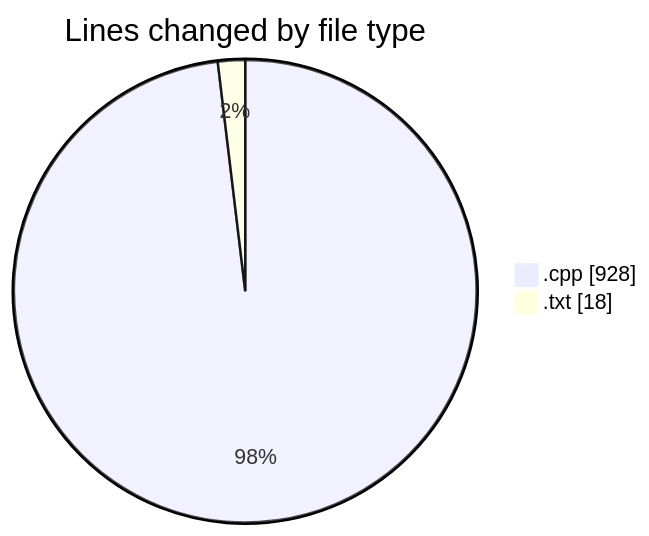
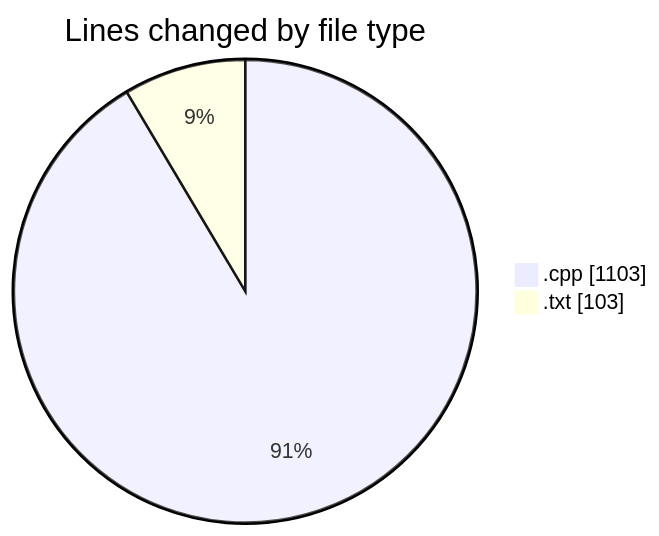
One commit to Ritupan-Deka/code-tracking changed the first of 2 diagrams in 2025-06-21/refinedproject/README.md. Above: the diagram before and after it, drawn with Mermaid. The commit also changed other lines of this file and 1 other file, not shown here.

````diff
--- a/2025-06-21/refinedproject/README.md
+++ b/2025-06-21/refinedproject/README.md
@@ -25,6 +25,6 @@
 ```mermaid
 pie showData
 title Lines changed by file type
-".cpp" : 928
-".txt" : 18
+".cpp" : 1103
+".txt" : 103
 ```
````
